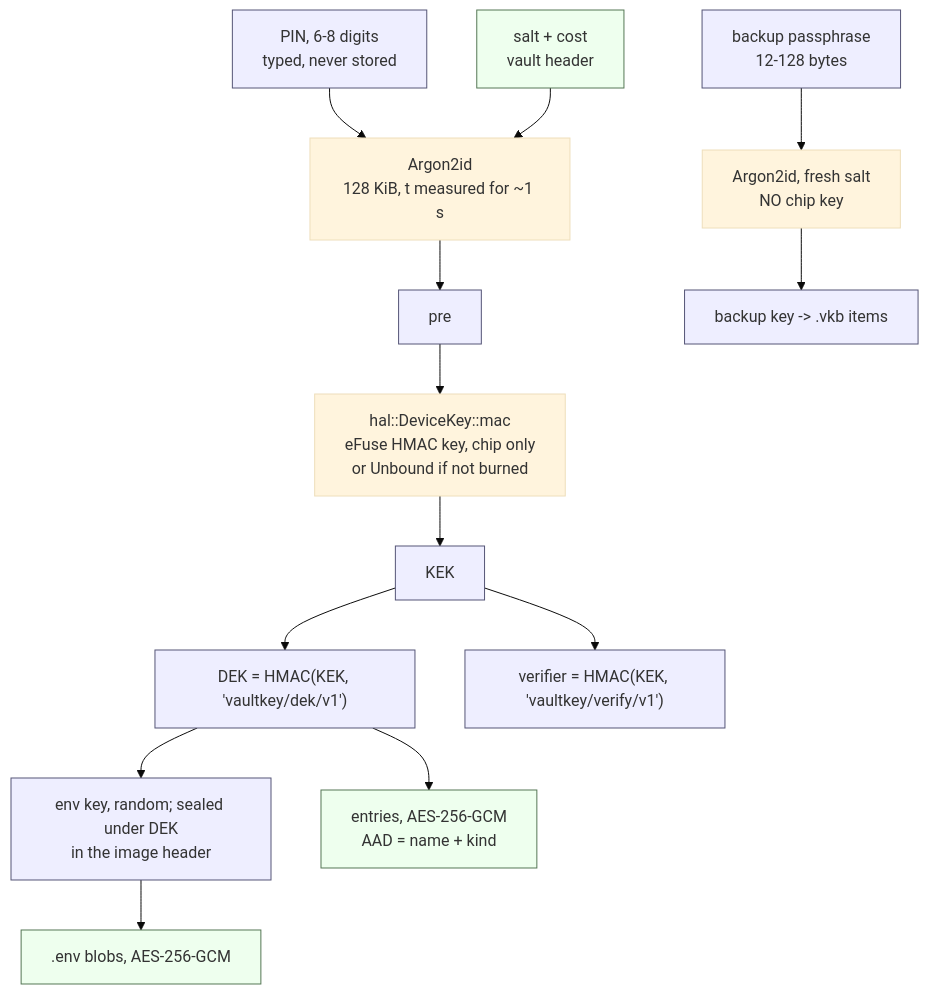
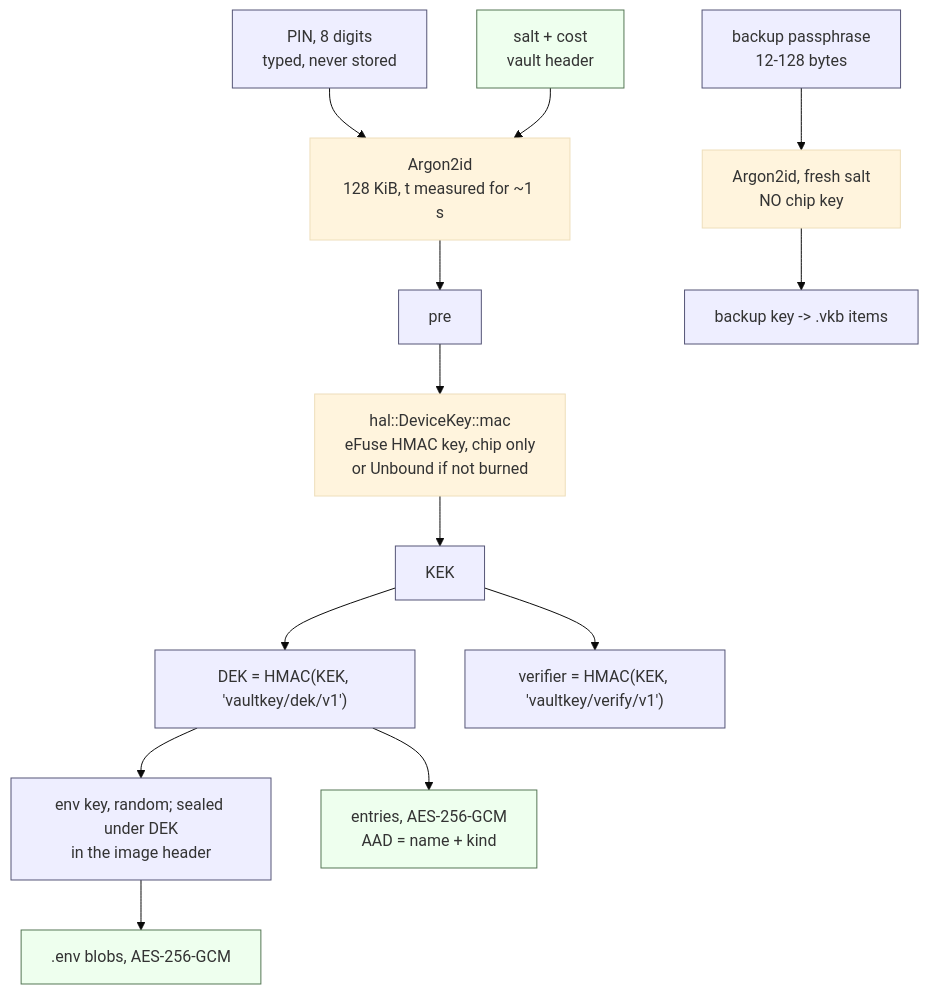
The diagram in docs/threat-model.md (vaulttec-dev/vaulttec-key), drawn with Mermaid (base theme) before and after one commit. The commit also changed other lines of this file and 18 other files, not shown here.

````diff
--- a/docs/threat-model.md
+++ b/docs/threat-model.md
@@ -29,20 +29,20 @@
 ```mermaid
 flowchart TD
-  PIN["PIN, 6-8 digits<br/>typed, never stored"] --> A
+  PIN["PIN, 8 digits<br/>typed, never stored"] --> A
   SALT["salt + cost<br/>vault header"] --> A
   A["Argon2id<br/>128 KiB, t measured for ~1 s"] --> PRE["pre"]
   PRE --> DK["hal::DeviceKey::mac<br/>eFuse HMAC key, chip only<br/>or Unbound if not burned"]
   DK --> KEK["KEK"]
   KEK --> DEK["DEK = HMAC(KEK, 'vaultkey/dek/v1')"]
   KEK --> VER["verifier = HMAC(KEK, 'vaultkey/verify/v1')"]
   DEK --> ENV["env key, random; sealed under DEK<br/>in the image header"]
   DEK --> ENTRIES["entries, AES-256-GCM<br/>AAD = name + kind"]
   ENV --> BLOBS[".env blobs, AES-256-GCM"]
   PASS["backup passphrase<br/>12-128 bytes"] --> BA["Argon2id, fresh salt<br/>NO chip key"]
   BA --> BK["backup key -> .vkb items"]
 
   classDef ram fill:#eef,stroke:#557;
   classDef nvm fill:#efe,stroke:#575;
   class PIN,PRE,KEK,DEK,VER,ENV,BK,PASS ram
   class SALT,ENTRIES,BLOBS nvm
 ```
````
